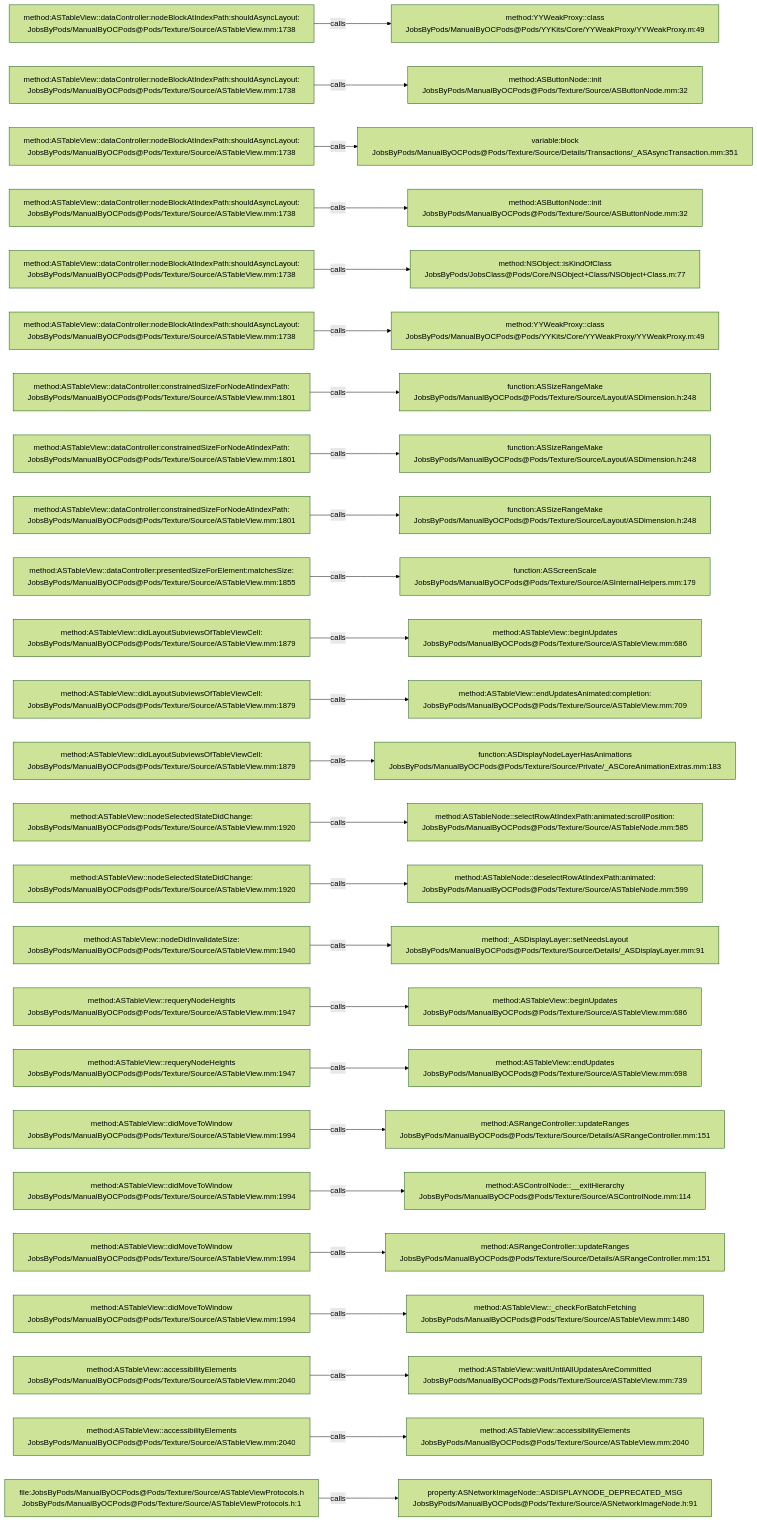
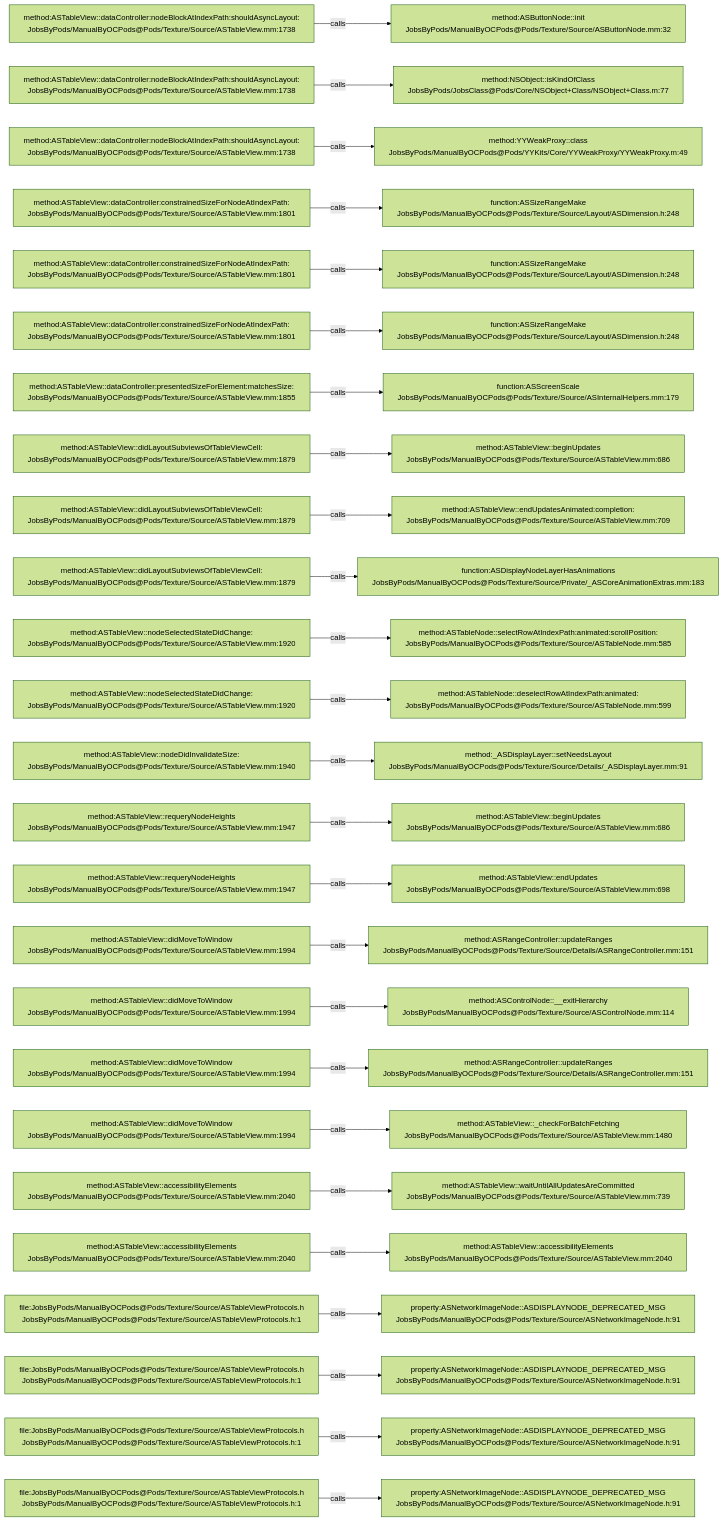
Before and after one commit to JobsKits/JobsOCBaseConfigDemo: the diagram in .codegraph/codegraph.md/graphs/calls-133.md, drawn with Mermaid (forest theme). The commit also changed 342 other files, not shown here.

````diff
--- a/.codegraph/codegraph.md/graphs/calls-133.md
+++ b/.codegraph/codegraph.md/graphs/calls-133.md
@@ -13,78 +13,78 @@
 ```mermaid
 flowchart LR
   S1["method:ASTableView::dataController:nodeBlockAtIndexPath:shouldAsyncLayout:<br/>JobsByPods/ManualByOCPods@Pods/Texture/Source/ASTableView.mm:1738"]
-  T1["method:YYWeakProxy::class<br/>JobsByPods/ManualByOCPods@Pods/YYKits/Core/YYWeakProxy/YYWeakProxy.m:49"]
+  T1["method:ASButtonNode::init<br/>JobsByPods/ManualByOCPods@Pods/Texture/Source/ASButtonNode.mm:32"]
   S1 -->|calls| T1
   S2["method:ASTableView::dataController:nodeBlockAtIndexPath:shouldAsyncLayout:<br/>JobsByPods/ManualByOCPods@Pods/Texture/Source/ASTableView.mm:1738"]
-  T2["method:ASButtonNode::init<br/>JobsByPods/ManualByOCPods@Pods/Texture/Source/ASButtonNode.mm:32"]
+  T2["method:NSObject::isKindOfClass<br/>JobsByPods/JobsClass@Pods/Core/NSObject+Class/NSObject+Class.m:77"]
   S2 -->|calls| T2
   S3["method:ASTableView::dataController:nodeBlockAtIndexPath:shouldAsyncLayout:<br/>JobsByPods/ManualByOCPods@Pods/Texture/Source/ASTableView.mm:1738"]
-  T3["variable:block<br/>JobsByPods/ManualByOCPods@Pods/Texture/Source/Details/Transactions/_ASAsyncTransaction.mm:351"]
+  T3["method:YYWeakProxy::class<br/>JobsByPods/ManualByOCPods@Pods/YYKits/Core/YYWeakProxy/YYWeakProxy.m:49"]
   S3 -->|calls| T3
-  S4["method:ASTableView::dataController:nodeBlockAtIndexPath:shouldAsyncLayout:<br/>JobsByPods/ManualByOCPods@Pods/Texture/Source/ASTableView.mm:1738"]
-  T4["method:ASButtonNode::init<br/>JobsByPods/ManualByOCPods@Pods/Texture/Source/ASButtonNode.mm:32"]
+  S4["method:ASTableView::dataController:constrainedSizeForNodeAtIndexPath:<br/>JobsByPods/ManualByOCPods@Pods/Texture/Source/ASTableView.mm:1801"]
+  T4["function:ASSizeRangeMake<br/>JobsByPods/ManualByOCPods@Pods/Texture/Source/Layout/ASDimension.h:248"]
   S4 -->|calls| T4
-  S5["method:ASTableView::dataController:nodeBlockAtIndexPath:shouldAsyncLayout:<br/>JobsByPods/ManualByOCPods@Pods/Texture/Source/ASTableView.mm:1738"]
-  T5["method:NSObject::isKindOfClass<br/>JobsByPods/JobsClass@Pods/Core/NSObject+Class/NSObject+Class.m:77"]
+  S5["method:ASTableView::dataController:constrainedSizeForNodeAtIndexPath:<br/>JobsByPods/ManualByOCPods@Pods/Texture/Source/ASTableView.mm:1801"]
+  T5["function:ASSizeRangeMake<br/>JobsByPods/ManualByOCPods@Pods/Texture/Source/Layout/ASDimension.h:248"]
   S5 -->|calls| T5
-  S6["method:ASTableView::dataController:nodeBlockAtIndexPath:shouldAsyncLayout:<br/>JobsByPods/ManualByOCPods@Pods/Texture/Source/ASTableView.mm:1738"]
-  T6["method:YYWeakProxy::class<br/>JobsByPods/ManualByOCPods@Pods/YYKits/Core/YYWeakProxy/YYWeakProxy.m:49"]
+  S6["method:ASTableView::dataController:constrainedSizeForNodeAtIndexPath:<br/>JobsByPods/ManualByOCPods@Pods/Texture/Source/ASTableView.mm:1801"]
+  T6["function:ASSizeRangeMake<br/>JobsByPods/ManualByOCPods@Pods/Texture/Source/Layout/ASDimension.h:248"]
   S6 -->|calls| T6
-  S7["method:ASTableView::dataController:constrainedSizeForNodeAtIndexPath:<br/>JobsByPods/ManualByOCPods@Pods/Texture/Source/ASTableView.mm:1801"]
-  T7["function:ASSizeRangeMake<br/>JobsByPods/ManualByOCPods@Pods/Texture/Source/Layout/ASDimension.h:248"]
+  S7["method:ASTableView::dataController:presentedSizeForElement:matchesSize:<br/>JobsByPods/ManualByOCPods@Pods/Texture/Source/ASTableView.mm:1855"]
+  T7["function:ASScreenScale<br/>JobsByPods/ManualByOCPods@Pods/Texture/Source/ASInternalHelpers.mm:179"]
   S7 -->|calls| T7
-  S8["method:ASTableView::dataController:constrainedSizeForNodeAtIndexPath:<br/>JobsByPods/ManualByOCPods@Pods/Texture/Source/ASTableView.mm:1801"]
-  T8["function:ASSizeRangeMake<br/>JobsByPods/ManualByOCPods@Pods/Texture/Source/Layout/ASDimension.h:248"]
+  S8["method:ASTableView::didLayoutSubviewsOfTableViewCell:<br/>JobsByPods/ManualByOCPods@Pods/Texture/Source/ASTableView.mm:1879"]
+  T8["method:ASTableView::beginUpdates<br/>JobsByPods/ManualByOCPods@Pods/Texture/Source/ASTableView.mm:686"]
   S8 -->|calls| T8
-  S9["method:ASTableView::dataController:constrainedSizeForNodeAtIndexPath:<br/>JobsByPods/ManualByOCPods@Pods/Texture/Source/ASTableView.mm:1801"]
-  T9["function:ASSizeRangeMake<br/>JobsByPods/ManualByOCPods@Pods/Texture/Source/Layout/ASDimension.h:248"]
+  S9["method:ASTableView::didLayoutSubviewsOfTableViewCell:<br/>JobsByPods/ManualByOCPods@Pods/Texture/Source/ASTableView.mm:1879"]
+  T9["method:ASTableView::endUpdatesAnimated:completion:<br/>JobsByPods/ManualByOCPods@Pods/Texture/Source/ASTableView.mm:709"]
   S9 -->|calls| T9
-  S10["method:ASTableView::dataController:presentedSizeForElement:matchesSize:<br/>JobsByPods/ManualByOCPods@Pods/Texture/Source/ASTableView.mm:1855"]
-  T10["function:ASScreenScale<br/>JobsByPods/ManualByOCPods@Pods/Texture/Source/ASInternalHelpers.mm:179"]
+  S10["method:ASTableView::didLayoutSubviewsOfTableViewCell:<br/>JobsByPods/ManualByOCPods@Pods/Texture/Source/ASTableView.mm:1879"]
+  T10["function:ASDisplayNodeLayerHasAnimations<br/>JobsByPods/ManualByOCPods@Pods/Texture/Source/Private/_ASCoreAnimationExtras.mm:183"]
   S10 -->|calls| T10
-  S11["method:ASTableView::didLayoutSubviewsOfTableViewCell:<br/>JobsByPods/ManualByOCPods@Pods/Texture/Source/ASTableView.mm:1879"]
-  T11["method:ASTableView::beginUpdates<br/>JobsByPods/ManualByOCPods@Pods/Texture/Source/ASTableView.mm:686"]
+  S11["method:ASTableView::nodeSelectedStateDidChange:<br/>JobsByPods/ManualByOCPods@Pods/Texture/Source/ASTableView.mm:1920"]
+  T11["method:ASTableNode::selectRowAtIndexPath:animated:scrollPosition:<br/>JobsByPods/ManualByOCPods@Pods/Texture/Source/ASTableNode.mm:585"]
   S11 -->|calls| T11
-  S12["method:ASTableView::didLayoutSubviewsOfTableViewCell:<br/>JobsByPods/ManualByOCPods@Pods/Texture/Source/ASTableView.mm:1879"]
-  T12["method:ASTableView::endUpdatesAnimated:completion:<br/>JobsByPods/ManualByOCPods@Pods/Texture/Source/ASTableView.mm:709"]
+  S12["method:ASTableView::nodeSelectedStateDidChange:<br/>JobsByPods/ManualByOCPods@Pods/Texture/Source/ASTableView.mm:1920"]
+  T12["method:ASTableNode::deselectRowAtIndexPath:animated:<br/>JobsByPods/ManualByOCPods@Pods/Texture/Source/ASTableNode.mm:599"]
   S12 -->|calls| T12
-  S13["method:ASTableView::didLayoutSubviewsOfTableViewCell:<br/>JobsByPods/ManualByOCPods@Pods/Texture/Source/ASTableView.mm:1879"]
-  T13["function:ASDisplayNodeLayerHasAnimations<br/>JobsByPods/ManualByOCPods@Pods/Texture/Source/Private/_ASCoreAnimationExtras.mm:183"]
+  S13["method:ASTableView::nodeDidInvalidateSize:<br/>JobsByPods/ManualByOCPods@Pods/Texture/Source/ASTableView.mm:1940"]
+  T13["method:_ASDisplayLayer::setNeedsLayout<br/>JobsByPods/ManualByOCPods@Pods/Texture/Source/Details/_ASDisplayLayer.mm:91"]
   S13 -->|calls| T13
-  S14["method:ASTableView::nodeSelectedStateDidChange:<br/>JobsByPods/ManualByOCPods@Pods/Texture/Source/ASTableView.mm:1920"]
-  T14["method:ASTableNode::selectRowAtIndexPath:animated:scrollPosition:<br/>JobsByPods/ManualByOCPods@Pods/Texture/Source/ASTableNode.mm:585"]
+  S14["method:ASTableView::requeryNodeHeights<br/>JobsByPods/ManualByOCPods@Pods/Texture/Source/ASTableView.mm:1947"]
+  T14["method:ASTableView::beginUpdates<br/>JobsByPods/ManualByOCPods@Pods/Texture/Source/ASTableView.mm:686"]
   S14 -->|calls| T14
-  S15["method:ASTableView::nodeSelectedStateDidChange:<br/>JobsByPods/ManualByOCPods@Pods/Texture/Source/ASTableView.mm:1920"]
-  T15["method:ASTableNode::deselectRowAtIndexPath:animated:<br/>JobsByPods/ManualByOCPods@Pods/Texture/Source/ASTableNode.mm:599"]
+  S15["method:ASTableView::requeryNodeHeights<br/>JobsByPods/ManualByOCPods@Pods/Texture/Source/ASTableView.mm:1947"]
+  T15["method:ASTableView::endUpdates<br/>JobsByPods/ManualByOCPods@Pods/Texture/Source/ASTableView.mm:698"]
   S15 -->|calls| T15
-  S16["method:ASTableView::nodeDidInvalidateSize:<br/>JobsByPods/ManualByOCPods@Pods/Texture/Source/ASTableView.mm:1940"]
-  T16["method:_ASDisplayLayer::setNeedsLayout<br/>JobsByPods/ManualByOCPods@Pods/Texture/Source/Details/_ASDisplayLayer.mm:91"]
+  S16["method:ASTableView::didMoveToWindow<br/>JobsByPods/ManualByOCPods@Pods/Texture/Source/ASTableView.mm:1994"]
+  T16["method:ASRangeController::updateRanges<br/>JobsByPods/ManualByOCPods@Pods/Texture/Source/Details/ASRangeController.mm:151"]
   S16 -->|calls| T16
-  S17["method:ASTableView::requeryNodeHeights<br/>JobsByPods/ManualByOCPods@Pods/Texture/Source/ASTableView.mm:1947"]
-  T17["method:ASTableView::beginUpdates<br/>JobsByPods/ManualByOCPods@Pods/Texture/Source/ASTableView.mm:686"]
+  S17["method:ASTableView::didMoveToWindow<br/>JobsByPods/ManualByOCPods@Pods/Texture/Source/ASTableView.mm:1994"]
+  T17["method:ASControlNode::__exitHierarchy<br/>JobsByPods/ManualByOCPods@Pods/Texture/Source/ASControlNode.mm:114"]
   S17 -->|calls| T17
-  S18["method:ASTableView::requeryNodeHeights<br/>JobsByPods/ManualByOCPods@Pods/Texture/Source/ASTableView.mm:1947"]
-  T18["method:ASTableView::endUpdates<br/>JobsByPods/ManualByOCPods@Pods/Texture/Source/ASTableView.mm:698"]
+  S18["method:ASTableView::didMoveToWindow<br/>JobsByPods/ManualByOCPods@Pods/Texture/Source/ASTableView.mm:1994"]
+  T18["method:ASRangeController::updateRanges<br/>JobsByPods/ManualByOCPods@Pods/Texture/Source/Details/ASRangeController.mm:151"]
   S18 -->|calls| T18
   S19["method:ASTableView::didMoveToWindow<br/>JobsByPods/ManualByOCPods@Pods/Texture/Source/ASTableView.mm:1994"]
-  T19["method:ASRangeController::updateRanges<br/>JobsByPods/ManualByOCPods@Pods/Texture/Source/Details/ASRangeController.mm:151"]
+  T19["method:ASTableView::_checkForBatchFetching<br/>JobsByPods/ManualByOCPods@Pods/Texture/Source/ASTableView.mm:1480"]
   S19 -->|calls| T19
-  S20["method:ASTableView::didMoveToWindow<br/>JobsByPods/ManualByOCPods@Pods/Texture/Source/ASTableView.mm:1994"]
-  T20["method:ASControlNode::__exitHierarchy<br/>JobsByPods/ManualByOCPods@Pods/Texture/Source/ASControlNode.mm:114"]
+  S20["method:ASTableView::accessibilityElements<br/>JobsByPods/ManualByOCPods@Pods/Texture/Source/ASTableView.mm:2040"]
+  T20["method:ASTableView::waitUntilAllUpdatesAreCommitted<br/>JobsByPods/ManualByOCPods@Pods/Texture/Source/ASTableView.mm:739"]
   S20 -->|calls| T20
-  S21["method:ASTableView::didMoveToWindow<br/>JobsByPods/ManualByOCPods@Pods/Texture/Source/ASTableView.mm:1994"]
-  T21["method:ASRangeController::updateRanges<br/>JobsByPods/ManualByOCPods@Pods/Texture/Source/Details/ASRangeController.mm:151"]
+  S21["method:ASTableView::accessibilityElements<br/>JobsByPods/ManualByOCPods@Pods/Texture/Source/ASTableView.mm:2040"]
+  T21["method:ASTableView::accessibilityElements<br/>JobsByPods/ManualByOCPods@Pods/Texture/Source/ASTableView.mm:2040"]
   S21 -->|calls| T21
-  S22["method:ASTableView::didMoveToWindow<br/>JobsByPods/ManualByOCPods@Pods/Texture/Source/ASTableView.mm:1994"]
-  T22["method:ASTableView::_checkForBatchFetching<br/>JobsByPods/ManualByOCPods@Pods/Texture/Source/ASTableView.mm:1480"]
+  S22["file:JobsByPods/ManualByOCPods@Pods/Texture/Source/ASTableViewProtocols.h<br/>JobsByPods/ManualByOCPods@Pods/Texture/Source/ASTableViewProtocols.h:1"]
+  T22["property:ASNetworkImageNode::ASDISPLAYNODE_DEPRECATED_MSG<br/>JobsByPods/ManualByOCPods@Pods/Texture/Source/ASNetworkImageNode.h:91"]
   S22 -->|calls| T22
-  S23["method:ASTableView::accessibilityElements<br/>JobsByPods/ManualByOCPods@Pods/Texture/Source/ASTableView.mm:2040"]
-  T23["method:ASTableView::waitUntilAllUpdatesAreCommitted<br/>JobsByPods/ManualByOCPods@Pods/Texture/Source/ASTableView.mm:739"]
+  S23["file:JobsByPods/ManualByOCPods@Pods/Texture/Source/ASTableViewProtocols.h<br/>JobsByPods/ManualByOCPods@Pods/Texture/Source/ASTableViewProtocols.h:1"]
+  T23["property:ASNetworkImageNode::ASDISPLAYNODE_DEPRECATED_MSG<br/>JobsByPods/ManualByOCPods@Pods/Texture/Source/ASNetworkImageNode.h:91"]
   S23 -->|calls| T23
-  S24["method:ASTableView::accessibilityElements<br/>JobsByPods/ManualByOCPods@Pods/Texture/Source/ASTableView.mm:2040"]
-  T24["method:ASTableView::accessibilityElements<br/>JobsByPods/ManualByOCPods@Pods/Texture/Source/ASTableView.mm:2040"]
+  S24["file:JobsByPods/ManualByOCPods@Pods/Texture/Source/ASTableViewProtocols.h<br/>JobsByPods/ManualByOCPods@Pods/Texture/Source/ASTableViewProtocols.h:1"]
+  T24["property:ASNetworkImageNode::ASDISPLAYNODE_DEPRECATED_MSG<br/>JobsByPods/ManualByOCPods@Pods/Texture/Source/ASNetworkImageNode.h:91"]
   S24 -->|calls| T24
   S25["file:JobsByPods/ManualByOCPods@Pods/Texture/Source/ASTableViewProtocols.h<br/>JobsByPods/ManualByOCPods@Pods/Texture/Source/ASTableViewProtocols.h:1"]
   T25["property:ASNetworkImageNode::ASDISPLAYNODE_DEPRECATED_MSG<br/>JobsByPods/ManualByOCPods@Pods/Texture/Source/ASNetworkImageNode.h:91"]
   S25 -->|calls| T25
 ```
````
